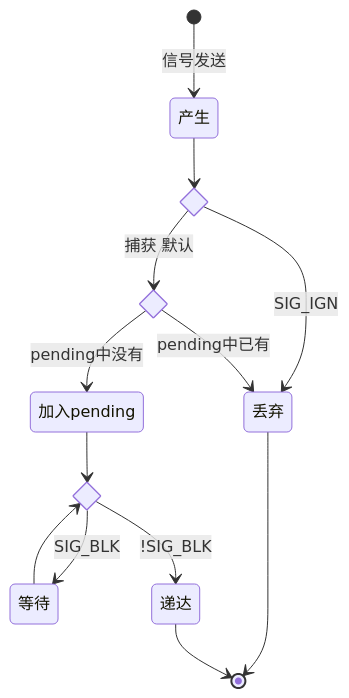
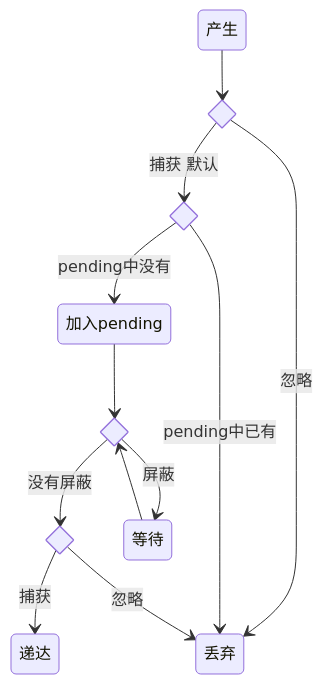
One commit to pache-Ak/pache-ak.github.io changed the first of 4 diagrams in _posts/2025-10-31-reliable-signals.md. Above: the diagram before and after it, drawn with Mermaid. The commit also changed other lines of this file and 1 other file, not shown here.

````diff
--- a/_posts/2025-10-31-reliable-signals.md
+++ b/_posts/2025-10-31-reliable-signals.md
@@ -43,18 +43,19 @@
 ```mermaid
 stateDiagram-v2
 state if_ignore <<choice>>
 state if_having <<choice>>
 state if_block <<choice>>
-    [*] --> 产生 : 信号发送
+state if_ignore2 <<choice>>
+
     产生 --> if_ignore
-    if_ignore --> 丢弃 : SIG_IGN
+    if_ignore --> 丢弃 : 忽略
     if_ignore --> if_having : 捕获 默认
+    if_having --> 加入pending : pending中没有
     if_having --> 丢弃 : pending中已有
-    if_having --> 加入pending : pending中没有
     加入pending --> if_block
-    if_block --> 等待:SIG_BLK
-    if_block --> 递达:!SIG_BLK
-    丢弃 --> [*]
+    if_block --> 等待:屏蔽
+    if_block --> if_ignore2:没有屏蔽
+    if_ignore2 --> 递达:捕获
+    if_ignore2 --> 丢弃:忽略
     等待 --> if_block
-    递达 --> [*]
 ```
````
